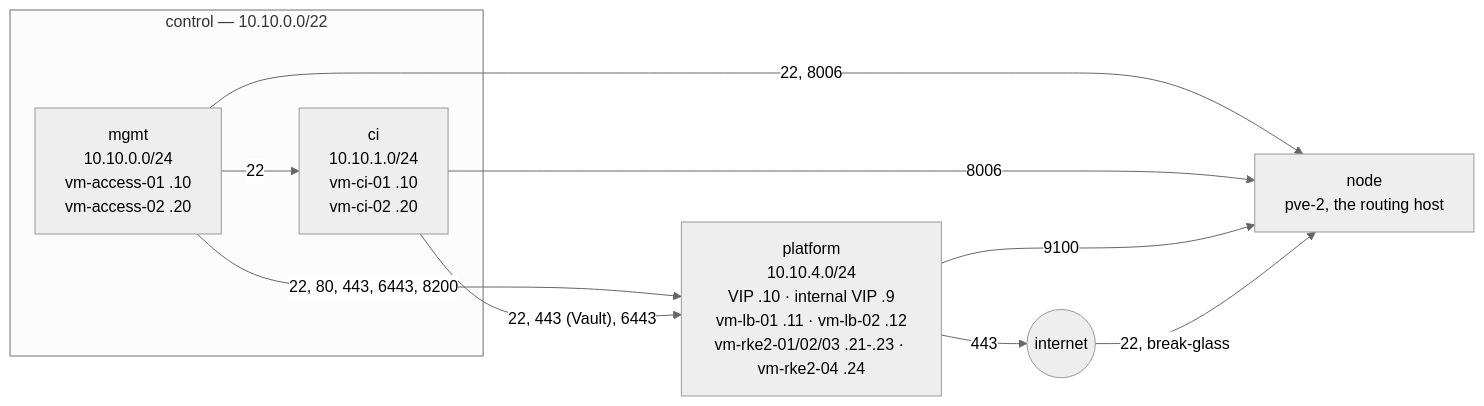
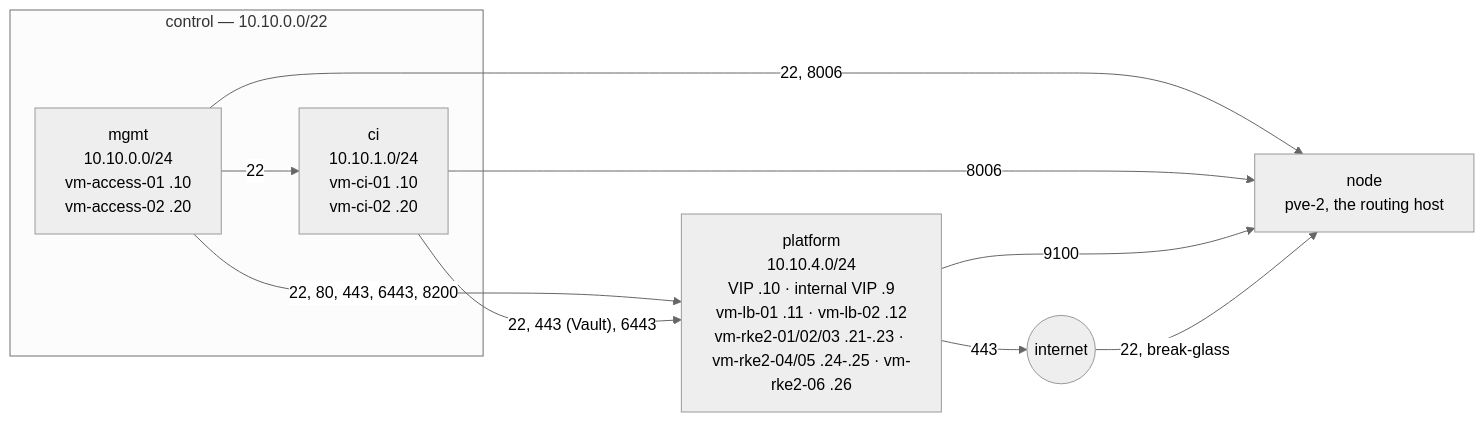
Before and after one commit to 0xc0-labs/infrastructure: the third of 7 diagrams in docs/architecture.md, drawn with Mermaid (neutral theme). The commit also changed other lines of this file and 28 other files, not shown here.

````diff
--- a/docs/architecture.md
+++ b/docs/architecture.md
@@ -220,19 +220,19 @@
 ```mermaid
 flowchart LR
   subgraph control["control — 10.10.0.0/22"]
     mgmt["mgmt<br/>10.10.0.0/24<br/>vm-access-01 .10<br/>vm-access-02 .20"]
     ci["ci<br/>10.10.1.0/24<br/>vm-ci-01 .10<br/>vm-ci-02 .20"]
   end
-  platform["platform<br/>10.10.4.0/24<br/>VIP .10 · internal VIP .9<br/>vm-lb-01 .11 · vm-lb-02 .12<br/>vm-rke2-01/02/03 .21-.23 · vm-rke2-04 .24"]
+  platform["platform<br/>10.10.4.0/24<br/>VIP .10 · internal VIP .9<br/>vm-lb-01 .11 · vm-lb-02 .12<br/>vm-rke2-01/02/03 .21-.23 · vm-rke2-04/05 .24-.25 · vm-rke2-06 .26"]
   node["node<br/>pve-2, the routing host"]
   internet(("internet"))
 
   mgmt -- "22" --> ci
   mgmt -- "22, 80, 443, 6443, 8200" --> platform
   mgmt -- "22, 8006" --> node
   ci -- "22, 443 (Vault), 6443" --> platform
   ci -- "8006" --> node
   platform -- "9100" --> node
   platform -- "443" --> internet
   internet -- "22, break-glass" --> node
 ```
````
